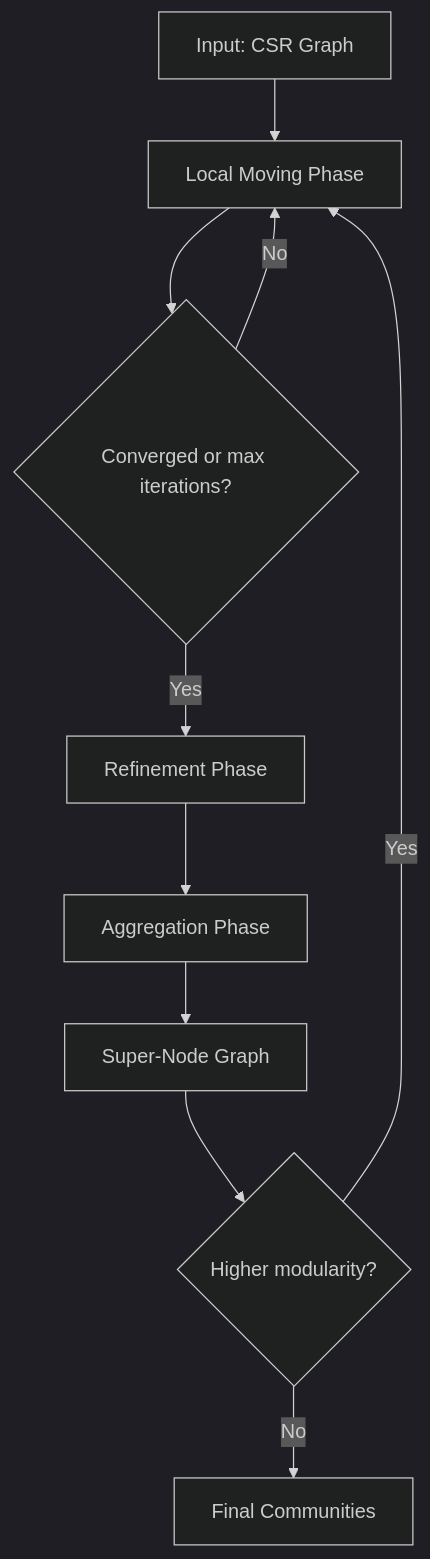
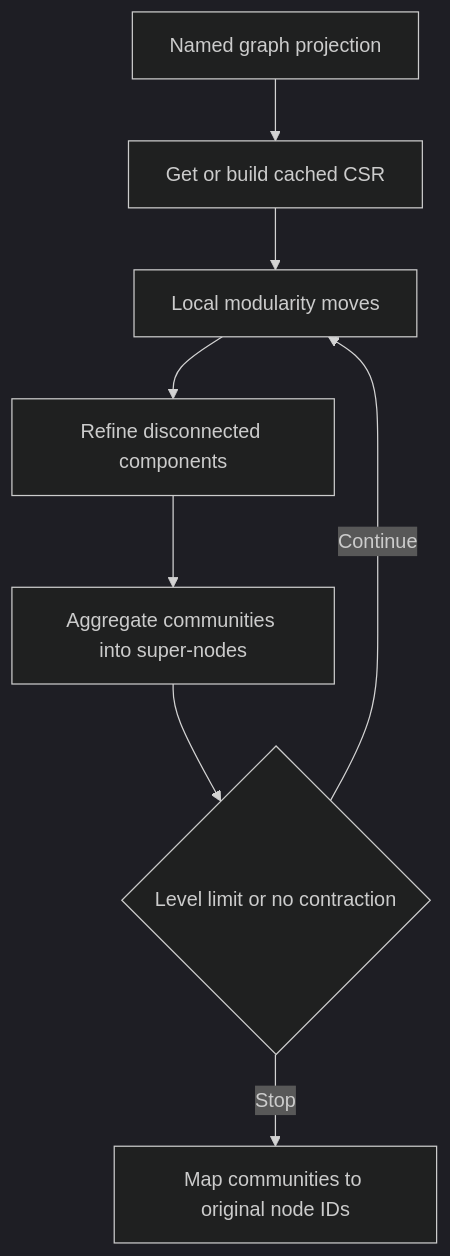
One commit to nexepic/zyx changed the diagram in docs/apps/docs/content/docs/en/zyx/algorithms/community-detection.mdx. Above: the diagram before and after it, drawn with Mermaid (dark theme). The commit also changed other lines of this file and 49 other files, not shown here.

First line of the commit message:
Expand graph ingestion and analytics APIs

````diff
--- a/docs/apps/docs/content/docs/en/zyx/algorithms/community-detection.mdx
+++ b/docs/apps/docs/content/docs/en/zyx/algorithms/community-detection.mdx
@@ -59,12 +74,10 @@
 ```mermaid
 flowchart TD
-    A[Input: CSR Graph] --> B[Local Moving Phase]
-    B --> C{Converged or max iterations?}
-    C -->|No| B
-    C -->|Yes| D[Refinement Phase]
-    D --> E[Aggregation Phase]
-    E --> F[Super-Node Graph]
-    F --> G{Higher modularity?}
-    G -->|Yes| B
-    G -->|No| H[Final Communities]
+    A[Named graph projection] --> B[Get or build cached CSR]
+    B --> C[Local modularity moves]
+    C --> D[Refine disconnected components]
+    D --> E[Aggregate communities into super-nodes]
+    E --> F{Level limit or no contraction}
+    F -->|Continue| C
+    F -->|Stop| G[Map communities to original node IDs]
 ```
````
